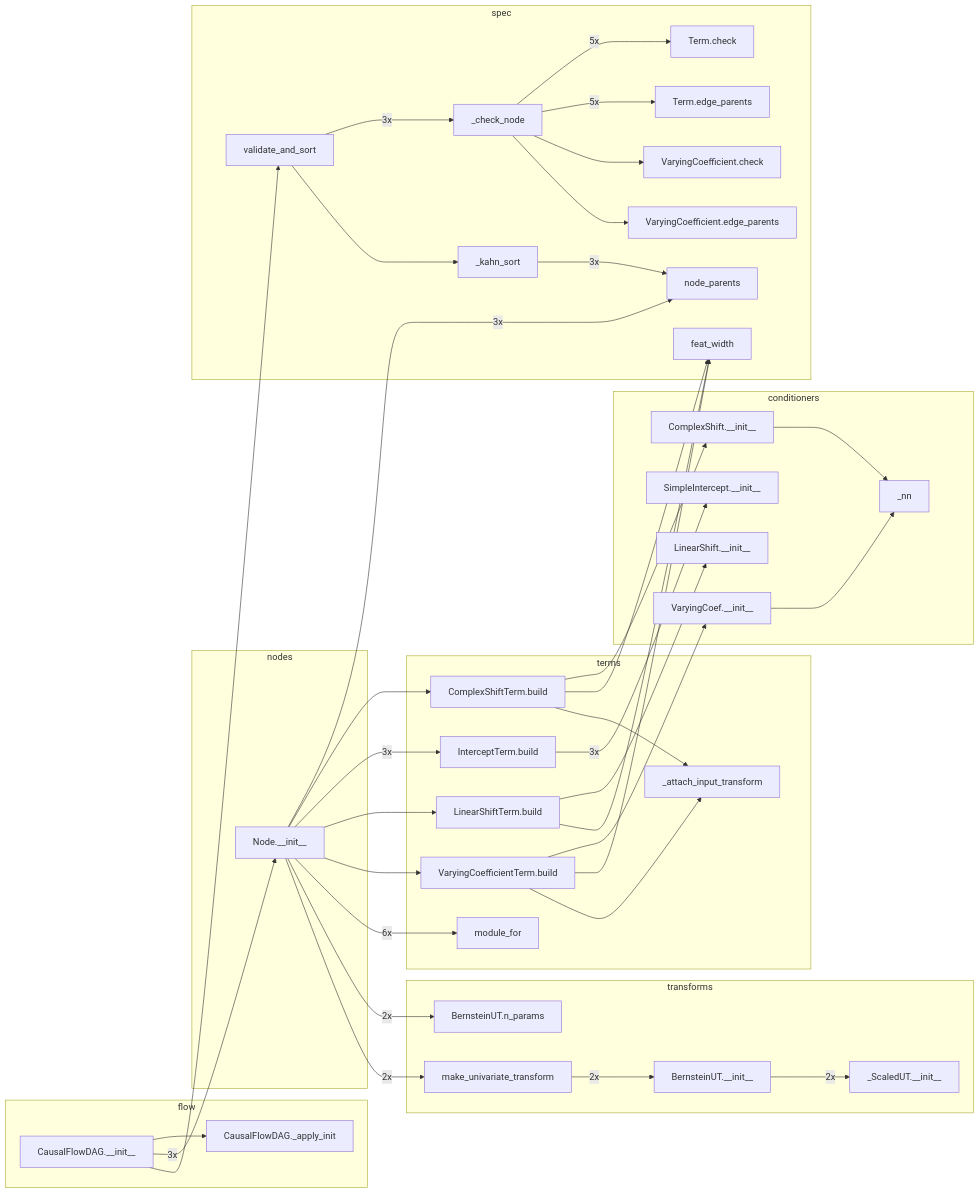
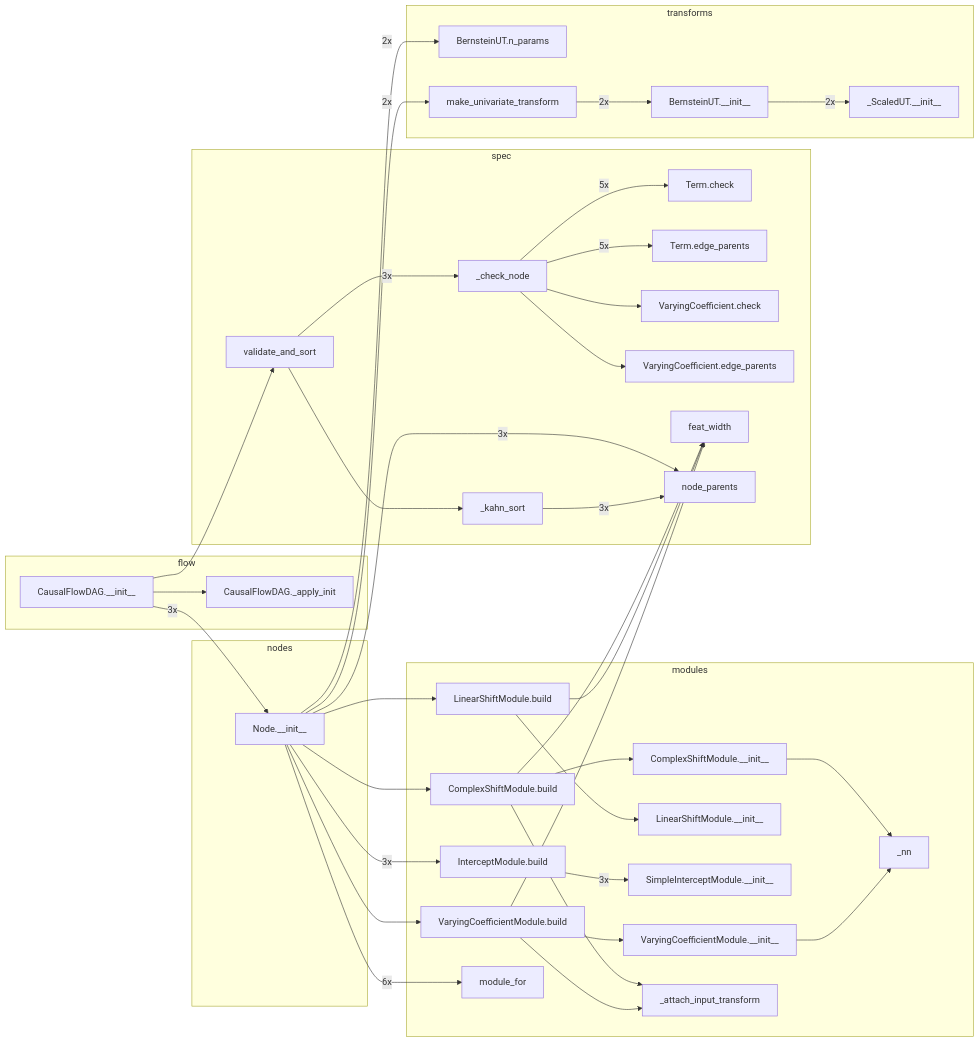
Before and after one commit to tensorchiefs/tramdag: the fifth of 6 diagrams in docs/architecture.md, drawn with Mermaid. The commit also changed other lines of this file and 18 other files, not shown here.

First line of the commit message:
refactor!: conditioners.py and terms.py are one module, modules.py

````diff
--- a/docs/architecture.md
+++ b/docs/architecture.md
@@ -323,73 +303,71 @@
 ```mermaid
 flowchart LR
-  subgraph conditioners
-    n0["ComplexShift.__init__"]
-    n24["LinearShift.__init__"]
-    n23["SimpleIntercept.__init__"]
-    n2["VaryingCoef.__init__"]
-    n1["_nn"]
+  subgraph flow
+    n0["CausalFlowDAG.__init__"]
+    n1["CausalFlowDAG._apply_init"]
   end
-  subgraph flow
-    n3["CausalFlowDAG.__init__"]
-    n4["CausalFlowDAG._apply_init"]
+  subgraph modules
+    n4["ComplexShiftModule.__init__"]
+    n6["ComplexShiftModule.build"]
+    n9["InterceptModule.build"]
+    n12["LinearShiftModule.__init__"]
+    n11["LinearShiftModule.build"]
+    n10["SimpleInterceptModule.__init__"]
+    n13["VaryingCoefficientModule.__init__"]
+    n14["VaryingCoefficientModule.build"]
+    n7["_attach_input_transform"]
+    n5["_nn"]
+    n15["module_for"]
   end
   subgraph nodes
-    n5["Node.__init__"]
+    n2["Node.__init__"]
   end
   subgraph spec
-    n16["Term.check"]
-    n17["Term.edge_parents"]
-    n18["VaryingCoefficient.check"]
-    n19["VaryingCoefficient.edge_parents"]
-    n15["_check_node"]
-    n20["_kahn_sort"]
-    n21["feat_width"]
-    n7["node_parents"]
-    n6["validate_and_sort"]
-  end
-  subgraph terms
-    n8["ComplexShiftTerm.build"]
-    n9["InterceptTerm.build"]
-    n10["LinearShiftTerm.build"]
-    n11["VaryingCoefficientTerm.build"]
-    n22["_attach_input_transform"]
-    n12["module_for"]
+    n20["Term.check"]
+    n21["Term.edge_parents"]
+    n22["VaryingCoefficient.check"]
+    n23["VaryingCoefficient.edge_parents"]
+    n19["_check_node"]
+    n24["_kahn_sort"]
+    n8["feat_width"]
+    n16["node_parents"]
+    n3["validate_and_sort"]
   end
   subgraph transforms
     n25["BernsteinUT.__init__"]
-    n13["BernsteinUT.n_params"]
+    n17["BernsteinUT.n_params"]
     n26["_ScaledUT.__init__"]
-    n14["make_univariate_transform"]
+    n18["make_univariate_transform"]
   end
     n0 --> n1
-    n2 --> n1
-    n3 --> n4
-    n3 -- "3x" --> n5
-    n3 --> n6
-    n5 -- "3x" --> n7
-    n5 --> n8
-    n5 -- "3x" --> n9
-    n5 --> n10
-    n5 --> n11
-    n5 -- "6x" --> n12
-    n5 -- "2x" --> n13
-    n5 -- "2x" --> n14
-    n15 -- "5x" --> n16
-    n15 -- "5x" --> n17
-    n15 --> n18
-    n15 --> n19
-    n20 -- "3x" --> n7
-    n6 -- "3x" --> n15
-    n6 --> n20
-    n8 --> n0
-    n8 --> n21
-    n8 --> n22
-    n9 -- "3x" --> n23
-    n10 --> n24
-    n10 --> n21
-    n11 --> n2
-    n11 --> n21
-    n11 --> n22
+    n0 -- "3x" --> n2
+    n0 --> n3
+    n4 --> n5
+    n6 --> n4
+    n6 --> n7
+    n6 --> n8
+    n9 -- "3x" --> n10
+    n11 --> n12
+    n11 --> n8
+    n13 --> n5
+    n14 --> n13
+    n14 --> n7
+    n14 --> n8
+    n2 --> n6
+    n2 -- "3x" --> n9
+    n2 --> n11
+    n2 --> n14
+    n2 -- "6x" --> n15
+    n2 -- "3x" --> n16
+    n2 -- "2x" --> n17
+    n2 -- "2x" --> n18
+    n19 -- "5x" --> n20
+    n19 -- "5x" --> n21
+    n19 --> n22
+    n19 --> n23
+    n24 -- "3x" --> n16
+    n3 -- "3x" --> n19
+    n3 --> n24
     n25 -- "2x" --> n26
-    n14 -- "2x" --> n25
+    n18 -- "2x" --> n25
 ```
````
